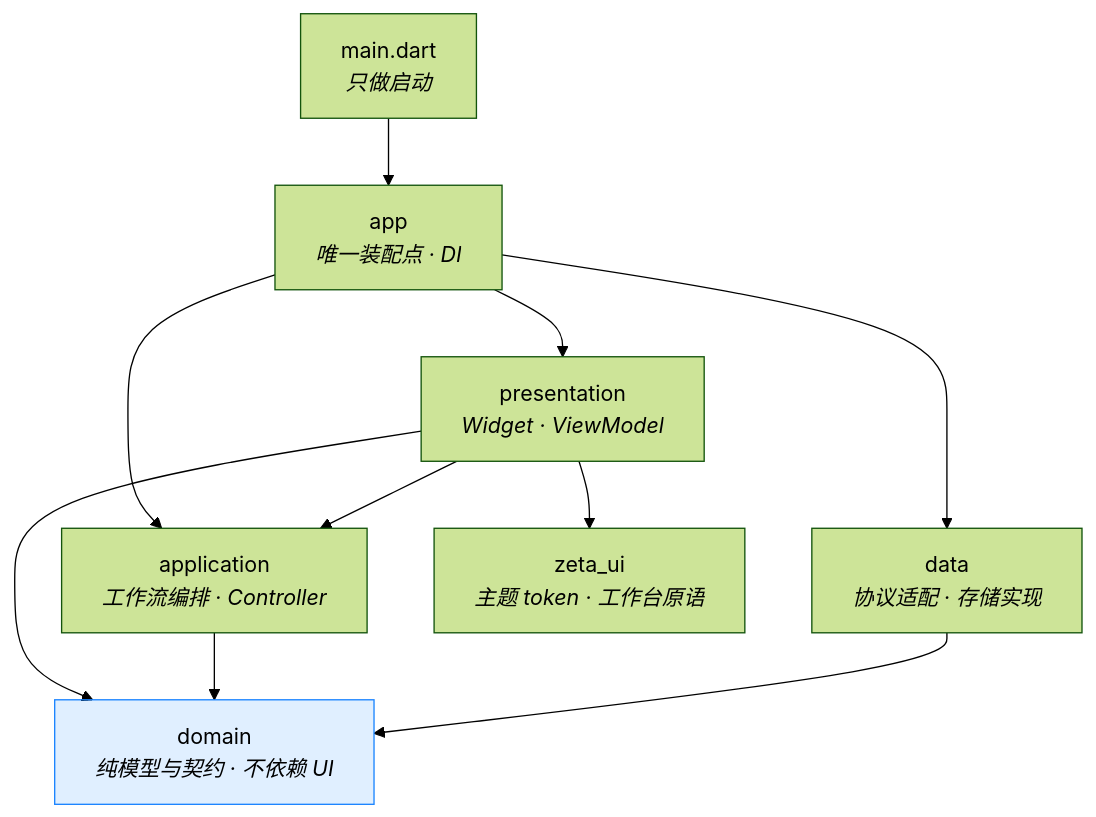
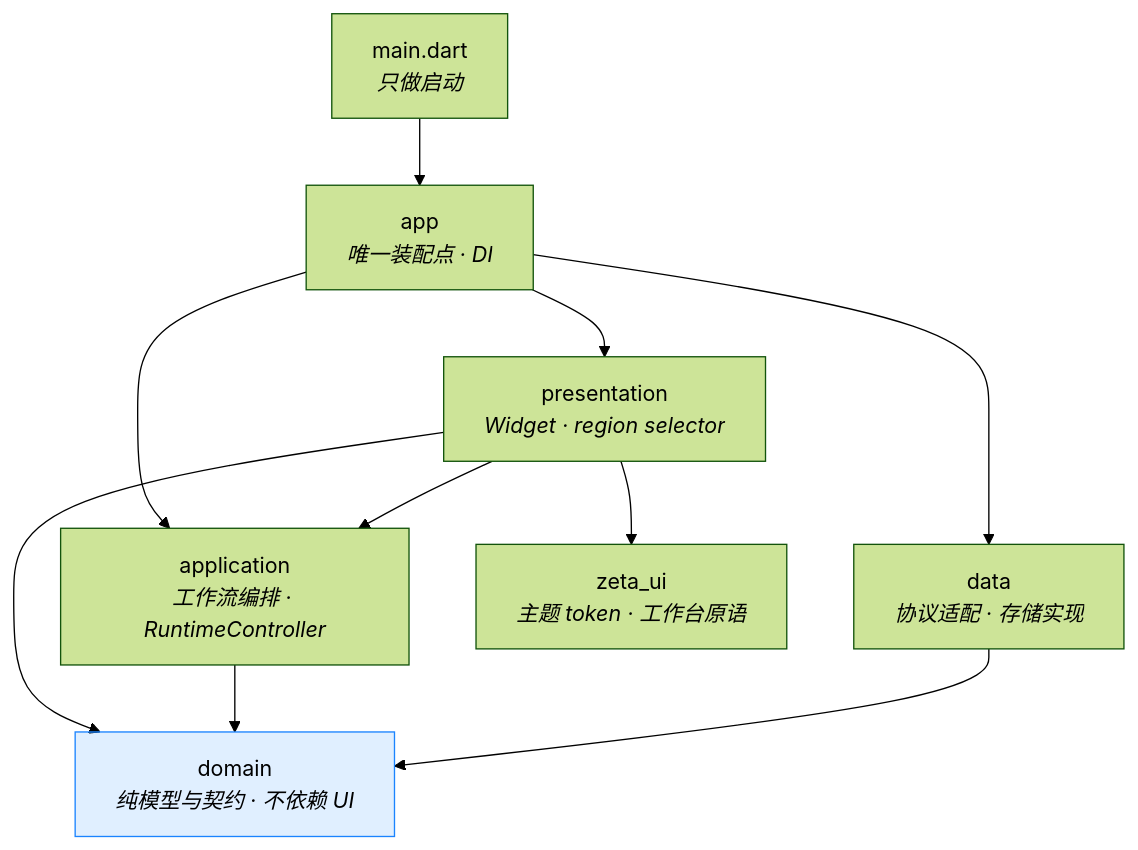
One commit to linpeilie/zeta changed the first of 6 diagrams in docs/zh/architecture/overview.md. Above: the diagram before and after it, drawn with Mermaid (forest theme). The commit also changed other lines of this file and 12 other files, not shown here.

Commit message:
docs(agent): 同步会话切片两跳链路与 RuntimeController 归属

````diff
--- a/docs/zh/architecture/overview.md
+++ b/docs/zh/architecture/overview.md
@@ -19,15 +19,15 @@
 ```mermaid
 flowchart TD
     main["main.dart<br/><i>只做启动</i>"] --> app["app<br/><i>唯一装配点 · DI</i>"]
-    app --> pres["presentation<br/><i>Widget · ViewModel</i>"]
-    app --> appl["application<br/><i>工作流编排 · Controller</i>"]
+    app --> pres["presentation<br/><i>Widget · region selector</i>"]
+    app --> appl["application<br/><i>工作流编排 · RuntimeController</i>"]
     app --> data["data<br/><i>协议适配 · 存储实现</i>"]
     pres --> appl
     pres --> domain
     appl --> domain["domain<br/><i>纯模型与契约 · 不依赖 UI</i>"]
     data --> domain
     pres --> uicore["zeta_ui<br/><i>主题 token · 工作台原语</i>"]
 
     classDef pure fill:#1B84FF22,stroke:#1B84FF
     class domain pure
 ```
````
